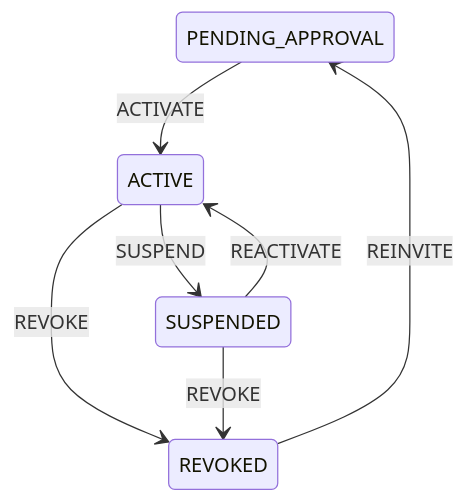
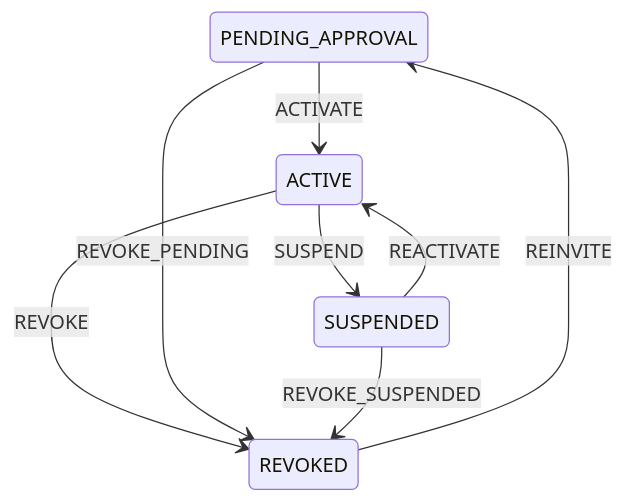
One commit to kevogaba/finaxis-platform changed the fourth of 5 diagrams in docs/architecture/lifecycle-fsm.md. Above: the diagram before and after it, drawn with Mermaid. The commit also changed other lines of this file and 8 other files, not shown here.

````diff
--- a/docs/architecture/lifecycle-fsm.md
+++ b/docs/architecture/lifecycle-fsm.md
@@ -101,9 +111,10 @@
 ```mermaid
 stateDiagram-v2
     PENDING_APPROVAL --> ACTIVE: ACTIVATE
     ACTIVE --> SUSPENDED: SUSPEND
     SUSPENDED --> ACTIVE: REACTIVATE
     ACTIVE --> REVOKED: REVOKE
-    SUSPENDED --> REVOKED: REVOKE
+    PENDING_APPROVAL --> REVOKED: REVOKE_PENDING
+    SUSPENDED --> REVOKED: REVOKE_SUSPENDED
     REVOKED --> PENDING_APPROVAL: REINVITE
 ```
````
